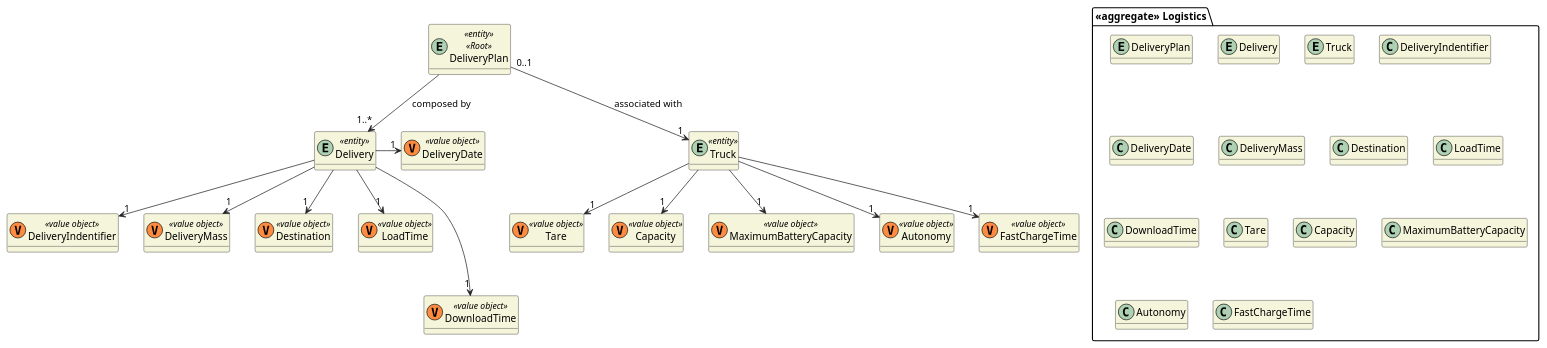
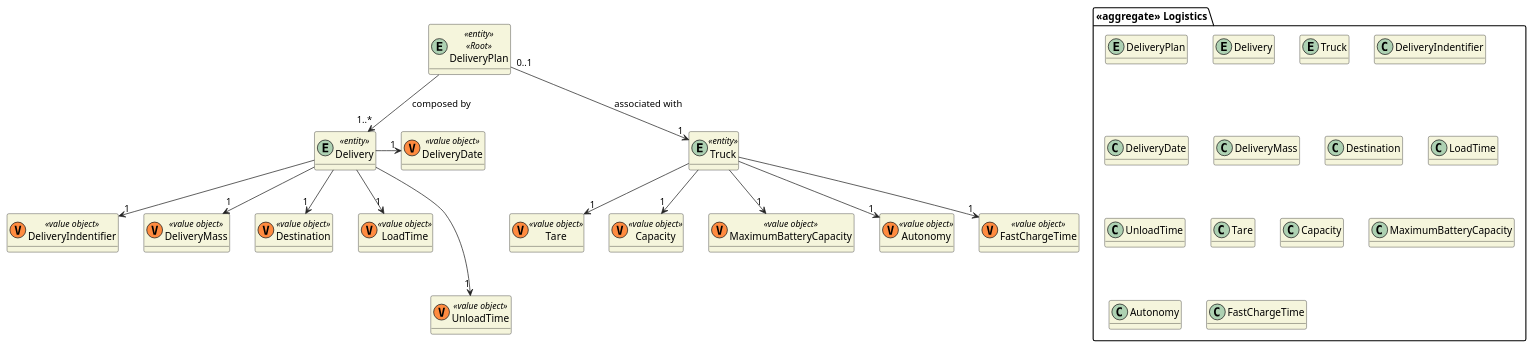
Before and after one commit to 0franciscor/dei_3dj_057: the diagram in Documents/DMs/puml/DMLogistics.puml, drawn with PlantUML. The commit also changed 14 other files, not shown here.

```diff
--- a/Documents/DMs/puml/DMLogistics.puml
+++ b/Documents/DMs/puml/DMLogistics.puml
@@ -1,68 +1,68 @@
 @startuml DMLogistics
 
 skinparam classAttributeIconSize 0
 hide empty attributes
 skinparam classBackgroundColor beige
 skinparam ArrowColor #222222
 
 package "<<aggregate>> Logistics"{
     entity DeliveryPlan
     entity Delivery 
     entity Truck 
     class DeliveryIndentifier
     class DeliveryDate
     class DeliveryMass
     class Destination
     class LoadTime
-    class DownloadTime
+    class UnloadTime
     class Tare
     class Capacity
     class MaximumBatteryCapacity
     class Autonomy
     class FastChargeTime
 
 }
 
 entity DeliveryPlan <<entity>> <<Root>>{
 
 }
 
 entity Delivery <<entity>>{
   
 }
 
 class DeliveryIndentifier <<(V,#FF8B40) value object>>
 class DeliveryDate <<(V,#FF8B40) value object>>
 class DeliveryMass <<(V,#FF8B40) value object>>
 class Destination <<(V,#FF8B40) value object>>
 class LoadTime <<(V,#FF8B40) value object>>
-class DownloadTime <<(V,#FF8B40) value object>>
+class UnloadTime <<(V,#FF8B40) value object>>
 
 
 entity Truck <<entity>>{
 
 }
 class Tare <<(V,#FF8B40) value object>>
 class Capacity <<(V,#FF8B40) value object>>
 class MaximumBatteryCapacity <<(V,#FF8B40) value object>>
 class Autonomy <<(V,#FF8B40) value object>>
 class FastChargeTime <<(V,#FF8B40) value object>>
 
 DeliveryPlan --> "1..*" Delivery : composed by 
 DeliveryPlan "0..1"--> "1" Truck : associated with 
 
 
 Delivery ->"1" DeliveryDate
 Delivery --> "1" DeliveryIndentifier
 Delivery --> "1" DeliveryMass
 Delivery --> "1" Destination
 Delivery --> "1" LoadTime
-Delivery --->"1" DownloadTime
+Delivery --->"1" UnloadTime
 
 Truck --> "1" Tare
 Truck --> "1" Capacity 
 Truck --> "1" MaximumBatteryCapacity
 Truck --> "1" Autonomy
 Truck --> "1" FastChargeTime
 
 @enduml
```
